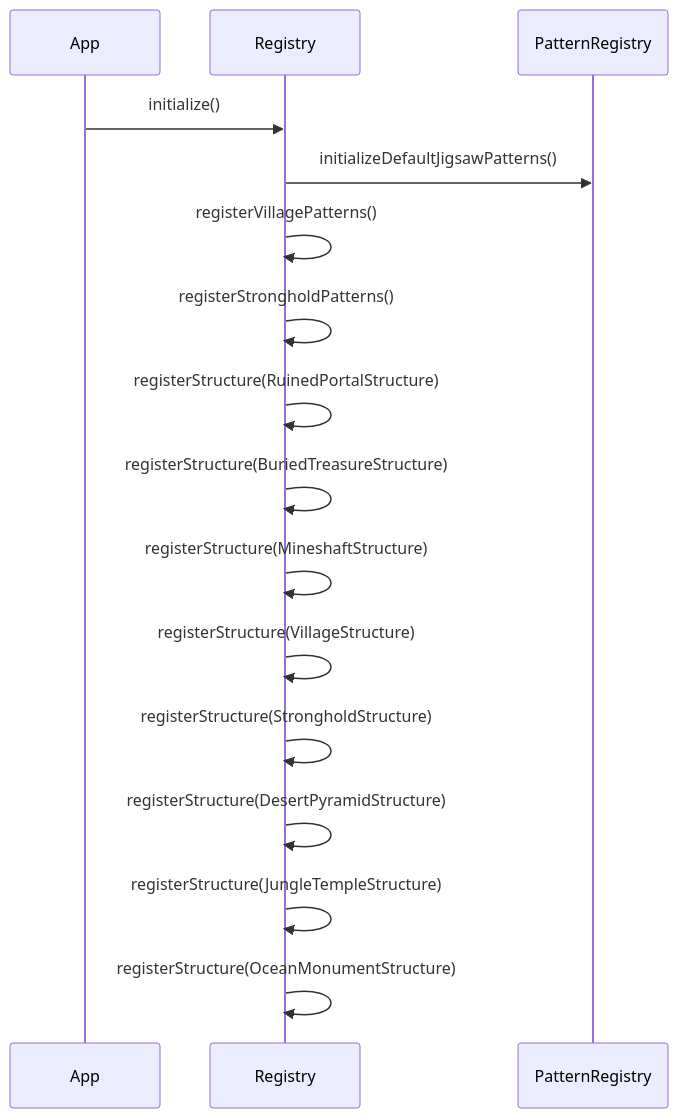
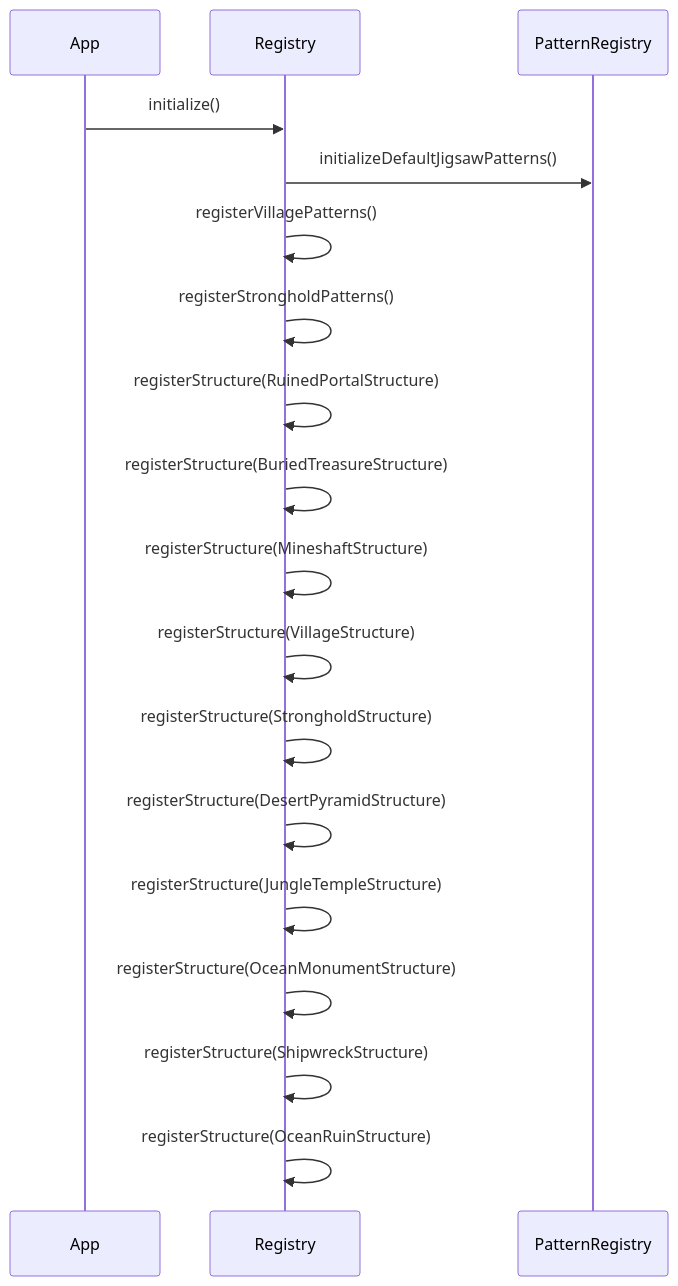
Before and after one commit to g122622/Cubium: the third of 8 diagrams in src/common/world/gen/structure/README.md, drawn with Mermaid. The commit also changed other lines of this file and 20 other files, not shown here.

````diff
--- a/src/common/world/gen/structure/README.md
+++ b/src/common/world/gen/structure/README.md
@@ -182,19 +187,21 @@
 ```mermaid
 sequenceDiagram
     participant App
     participant Registry
     participant PatternRegistry
     
     App->>Registry: initialize()
     Registry->>PatternRegistry: initializeDefaultJigsawPatterns()
     Registry->>Registry: registerVillagePatterns()
     Registry->>Registry: registerStrongholdPatterns()
     Registry->>Registry: registerStructure(RuinedPortalStructure)
     Registry->>Registry: registerStructure(BuriedTreasureStructure)
     Registry->>Registry: registerStructure(MineshaftStructure)
     Registry->>Registry: registerStructure(VillageStructure)
     Registry->>Registry: registerStructure(StrongholdStructure)
     Registry->>Registry: registerStructure(DesertPyramidStructure)
     Registry->>Registry: registerStructure(JungleTempleStructure)
     Registry->>Registry: registerStructure(OceanMonumentStructure)
+    Registry->>Registry: registerStructure(ShipwreckStructure)
+    Registry->>Registry: registerStructure(OceanRuinStructure)
 ```
````
